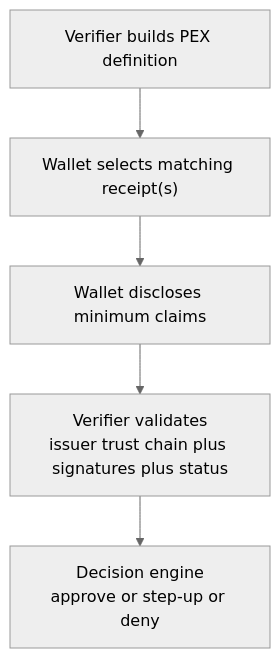
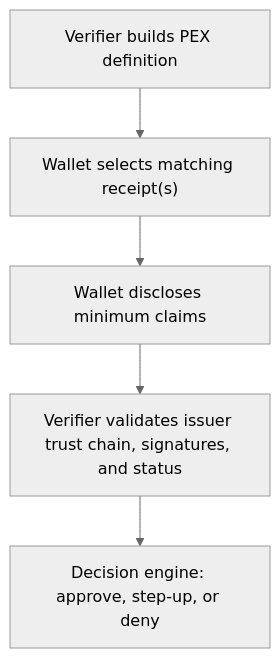
One commit to openwallet-foundation-labs/sd-jwt-dotnet changed the third of 3 diagrams in docs/articles/retail-ecommerce-returns.md. Above: the diagram before and after it, drawn with Mermaid (neutral theme). The commit also changed other lines of this file and 28 other files, not shown here.

````diff
--- a/docs/articles/retail-ecommerce-returns.md
+++ b/docs/articles/retail-ecommerce-returns.md
@@ -233,7 +233,7 @@
 ```mermaid
 flowchart TB
   Definition["Verifier builds PEX definition"] --> Selection["Wallet selects matching receipt(s)"]
   Selection --> Disclosure["Wallet discloses minimum claims"]
-  Disclosure --> Validation["Verifier validates<br/>issuer trust chain plus signatures plus status"]
-  Validation --> Decision["Decision engine<br/>approve or step-up or deny"]
+  Disclosure --> Validation["Verifier validates issuer trust chain, signatures, and status"]
+  Validation --> Decision["Decision engine: approve, step-up, or deny"]
 ```
````
